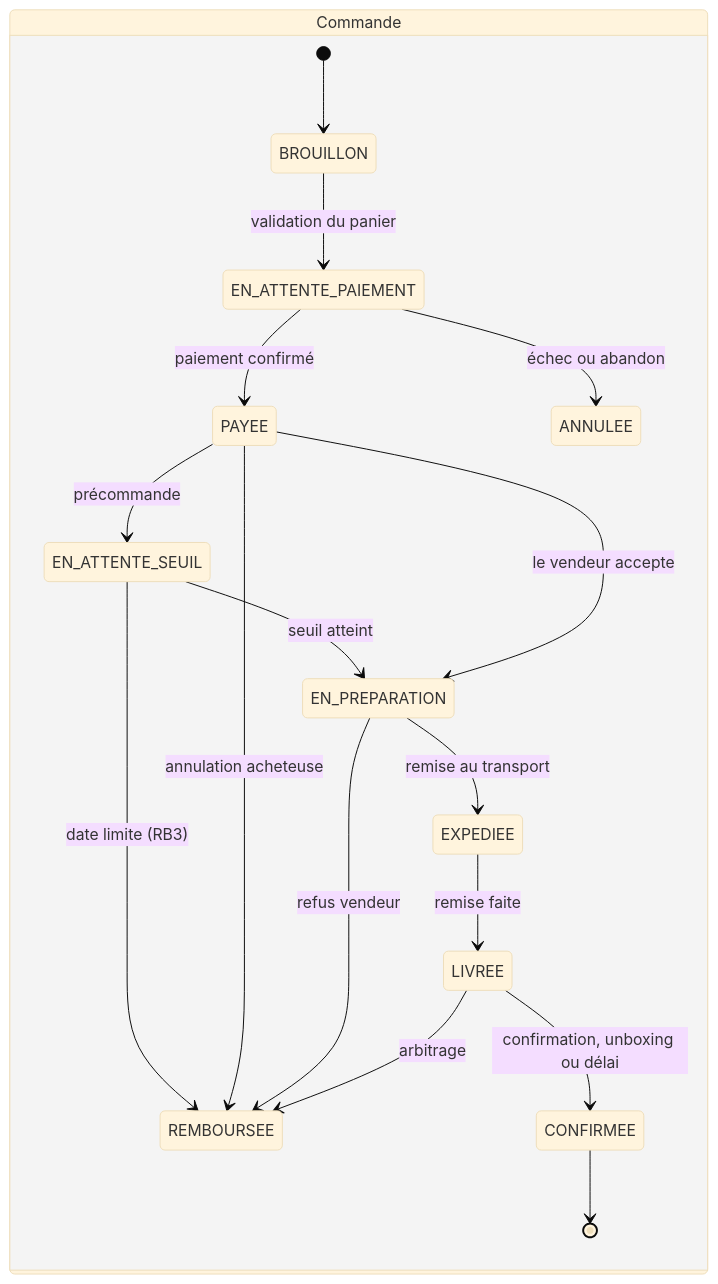
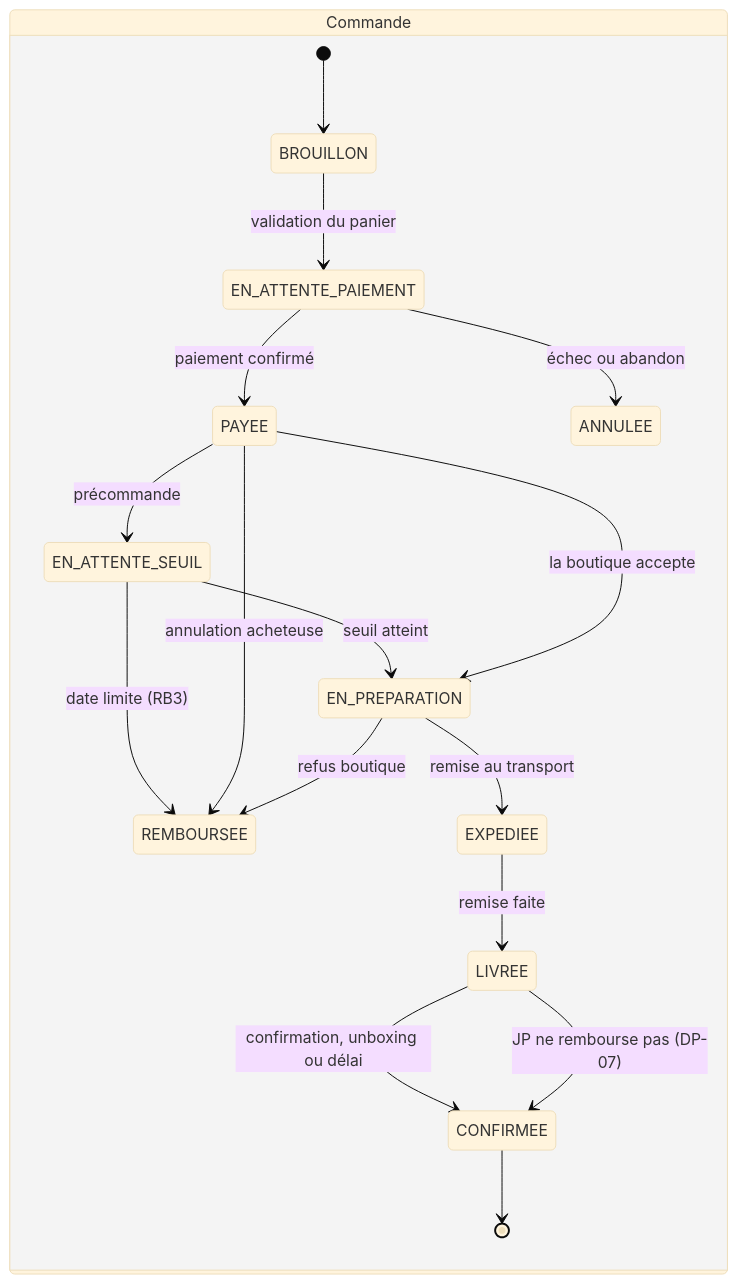
Before and after one commit to andokevin/jp: the ninth of 13 diagrams in docs/JP_CONCEPTION_BDD.md, drawn with Mermaid (base theme). The commit also changed other lines of this file and 58 other files, not shown here.

````diff
--- a/docs/JP_CONCEPTION_BDD.md
+++ b/docs/JP_CONCEPTION_BDD.md
@@ -1126,21 +1073,21 @@
 ```mermaid
 stateDiagram-v2
     direction LR
     state "Commande" as C {
         [*] --> BROUILLON
         BROUILLON --> EN_ATTENTE_PAIEMENT : validation du panier
         EN_ATTENTE_PAIEMENT --> PAYEE : paiement confirmé
         EN_ATTENTE_PAIEMENT --> ANNULEE : échec ou abandon
         PAYEE --> EN_ATTENTE_SEUIL : précommande
         EN_ATTENTE_SEUIL --> EN_PREPARATION : seuil atteint
         EN_ATTENTE_SEUIL --> REMBOURSEE : date limite (RB3)
-        PAYEE --> EN_PREPARATION : le vendeur accepte
+        PAYEE --> EN_PREPARATION : la boutique accepte
         PAYEE --> REMBOURSEE : annulation acheteuse
-        EN_PREPARATION --> REMBOURSEE : refus vendeur
+        EN_PREPARATION --> REMBOURSEE : refus boutique
         EN_PREPARATION --> EXPEDIEE : remise au transport
         EXPEDIEE --> LIVREE : remise faite
         LIVREE --> CONFIRMEE : confirmation, unboxing ou délai
-        LIVREE --> REMBOURSEE : arbitrage
+        LIVREE --> CONFIRMEE : JP ne rembourse pas (DP-07)
         CONFIRMEE --> [*]
     }
 ```
````
